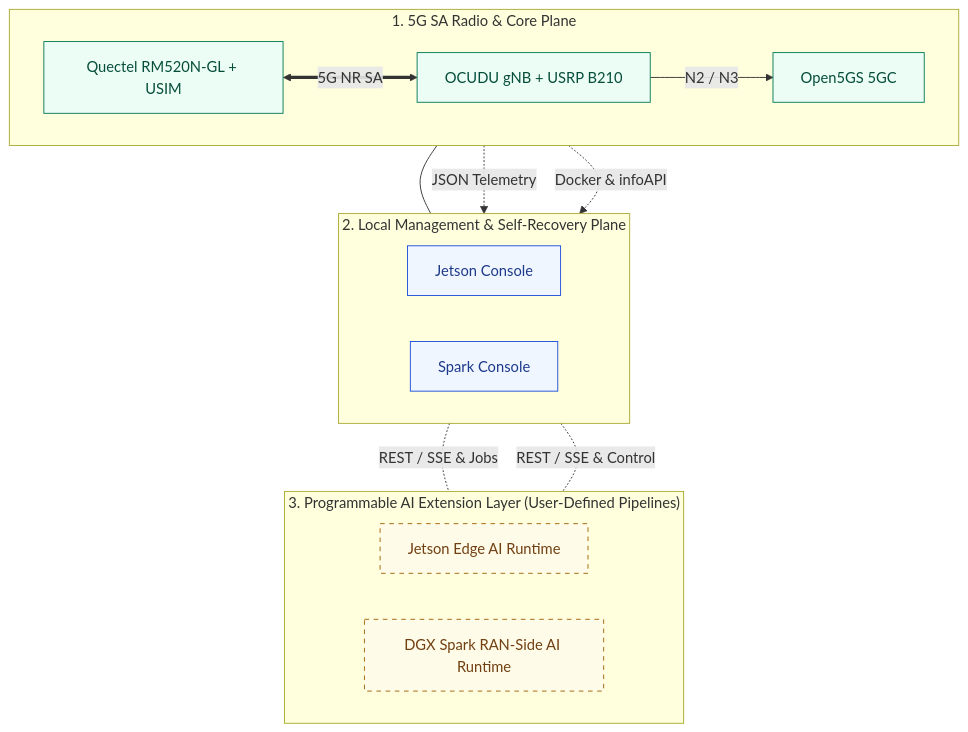
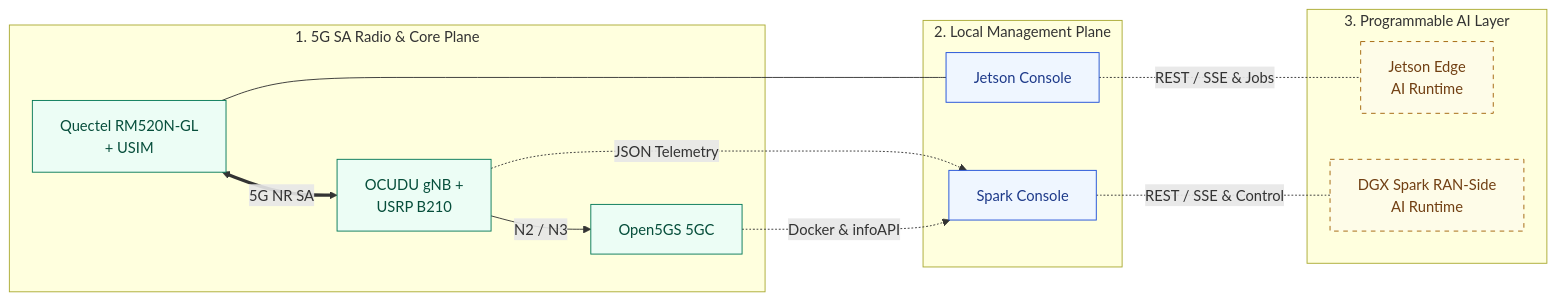
One commit to HKUOpenSource/OpenAirKit changed the diagram in docs/architecture.md. Above: the diagram before and after it, drawn with Mermaid. The commit also changed 5 other files, not shown here.

Commit message:
docs: switch layered Mermaid diagrams to horizontal LR layout

````diff
--- a/docs/architecture.md
+++ b/docs/architecture.md
@@ -23,33 +23,30 @@
 ```mermaid
-flowchart TB
+flowchart LR
   classDef stack fill:#ecfdf5,stroke:#047857,color:#064e3b
   classDef mgmt fill:#eff6ff,stroke:#1d4ed8,color:#1e3a8a
   classDef ai fill:#fefce8,stroke:#a16207,stroke-dasharray:5 5,color:#713f12
 
-  subgraph AI["3. Programmable AI Extension Layer (User-Defined Pipelines)"]
-    direction LR
-    JAI["Jetson Edge AI Runtime"]:::ai
-    SAI["DGX Spark RAN-Side AI Runtime"]:::ai
+  subgraph STACK["1. 5G SA Radio & Core Plane"]
+    RM["Quectel RM520N-GL<br/>+ USIM"]:::stack
+    GNB["OCUDU gNB +<br/>USRP B210"]:::stack
+    CORE["Open5GS 5GC"]:::stack
+    RM <== "5G NR SA" ==> GNB
+    GNB -- "N2 / N3" --> CORE
   end
 
-  subgraph MGMT["2. Local Management & Self-Recovery Plane"]
-    direction LR
+  subgraph MGMT["2. Local Management Plane"]
     JC["Jetson Console"]:::mgmt
     SP["Spark Console"]:::mgmt
   end
 
-  subgraph STACK["1. 5G SA Radio & Core Plane"]
-    direction LR
-    RM["Quectel RM520N-GL + USIM"]:::stack
-    GNB["OCUDU gNB + USRP B210"]:::stack
-    CORE["Open5GS 5GC"]:::stack
-    RM <== "5G NR SA" ==> GNB
-    GNB -- "N2 / N3" --> CORE
+  subgraph AI["3. Programmable AI Layer"]
+    JAI["Jetson Edge<br/>AI Runtime"]:::ai
+    SAI["DGX Spark RAN-Side<br/>AI Runtime"]:::ai
   end
 
   RM --- JC
   GNB -. "JSON Telemetry" .-> SP
   CORE -. "Docker & infoAPI" .-> SP
   JC -. "REST / SSE & Jobs" .- JAI
   SP -. "REST / SSE & Control" .- SAI
 ```
````
